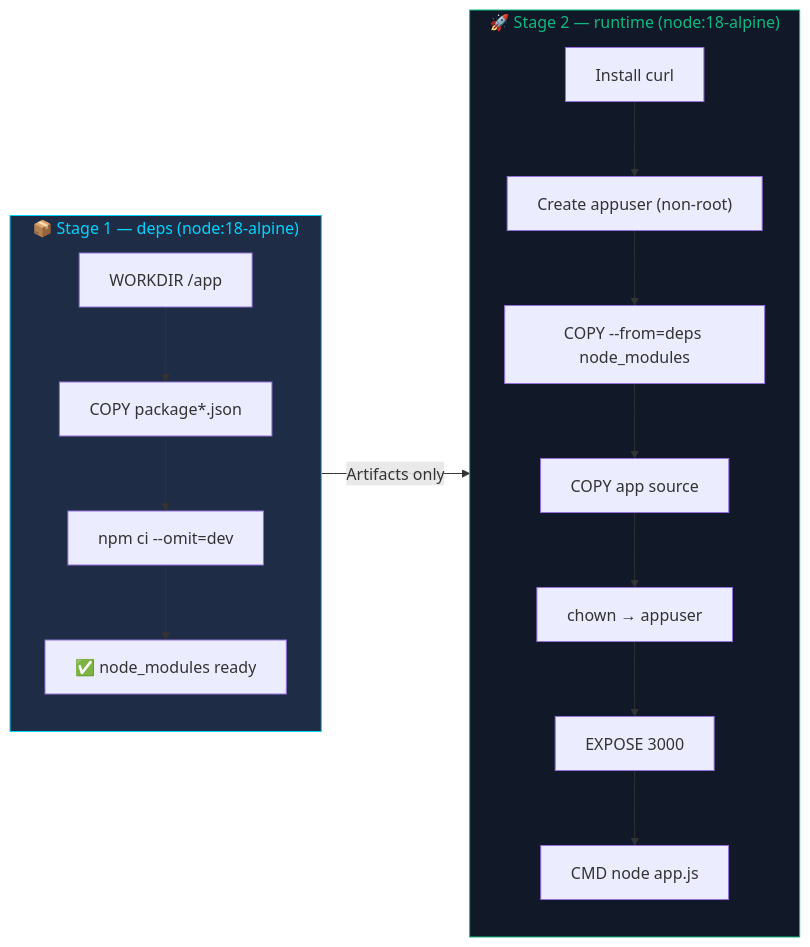
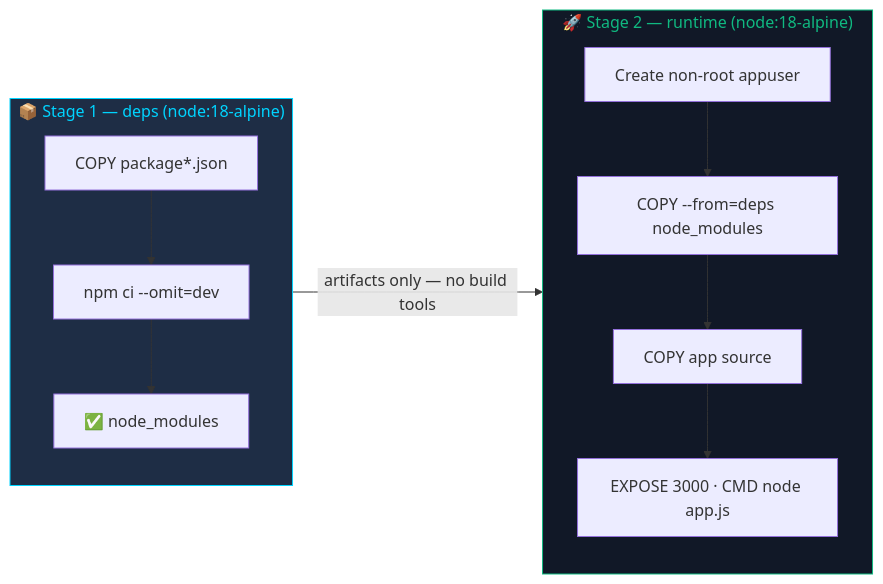
Before and after one commit to cloudtechnet/docker-task-1-webapp: the second of 2 diagrams in PROJECT_GUIDE.md, drawn with Mermaid. The commit also changed other lines of this file, not shown here.

````diff
--- a/PROJECT_GUIDE.md
+++ b/PROJECT_GUIDE.md
@@ -120,22 +87,14 @@
 ```mermaid
 flowchart LR
-    subgraph STAGE1["📦 Stage 1 — deps  (node:18-alpine)"]
-        A1["WORKDIR /app"] --> A2["COPY package*.json"]
-        A2 --> A3["npm ci --omit=dev"]
-        A3 --> A4["✅ node_modules ready"]
+    subgraph S1["📦 Stage 1 — deps (node:18-alpine)"]
+        A["COPY package*.json"] --> B["npm ci --omit=dev"] --> C["✅ node_modules"]
     end
+    subgraph S2["🚀 Stage 2 — runtime (node:18-alpine)"]
+        D["Create non-root appuser"] --> E["COPY --from=deps node_modules"]
+        E --> F["COPY app source"] --> G["EXPOSE 3000 · CMD node app.js"]
+    end
+    S1 -->|artifacts only — no build tools| S2
 
-    subgraph STAGE2["🚀 Stage 2 — runtime  (node:18-alpine)"]
-        B1["Install curl"] --> B2["Create appuser (non-root)"]
-        B2 --> B3["COPY --from=deps node_modules"]
-        B3 --> B4["COPY app source"]
-        B4 --> B5["chown → appuser"]
-        B5 --> B6["EXPOSE 3000"]
-        B6 --> B7["CMD node app.js"]
-    end
-
-    STAGE1 -->|Artifacts only| STAGE2
-
-    style STAGE1 fill:#1e2d45,color:#00d4ff,stroke:#00d4ff
-    style STAGE2 fill:#111827,color:#10b981,stroke:#10b981
+    style S1 fill:#1e2d45,color:#00d4ff,stroke:#00d4ff
+    style S2 fill:#111827,color:#10b981,stroke:#10b981
 ```
````
